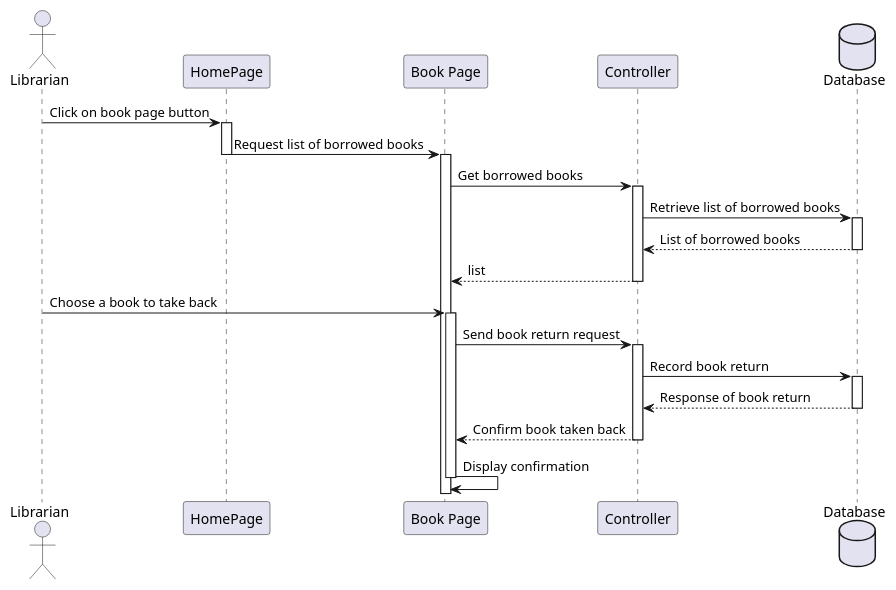
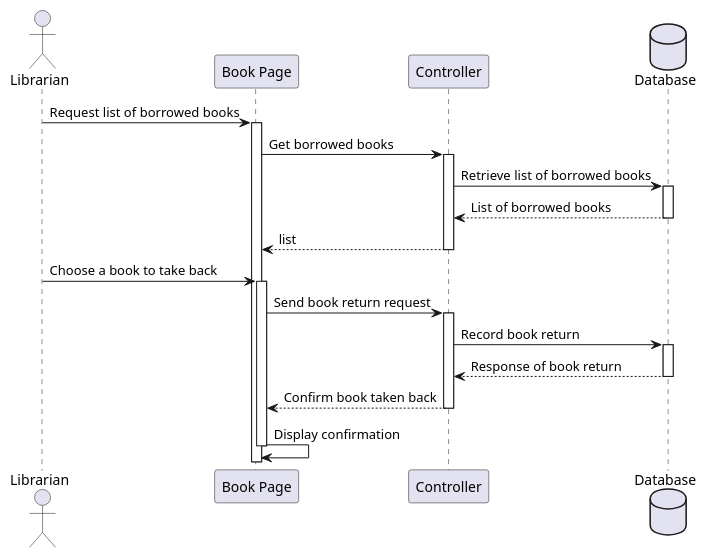
The diagram in docs/umlDiagrams/Sequence Diagrams/TakeBackBook.puml (bartucank/mlm), drawn with PlantUML before and after one commit. The commit also changed 24 other files, not shown here.

```diff
--- a/docs/umlDiagrams/Sequence Diagrams/TakeBackBook.puml
+++ b/docs/umlDiagrams/Sequence Diagrams/TakeBackBook.puml
@@ -1,41 +1,37 @@
 @startuml
 actor "Librarian" as Librarian
-participant "HomePage" as Home
 participant "Book Page" as Page
 participant "Controller" as Controller
 database "Database" as LendingDB
 
-Librarian -> Home: Click on book page button
-activate Home
-Home -> Page: Request list of borrowed books
-deactivate Home
+Librarian -> Page: Request list of borrowed books
 activate Page
 
 Page -> Controller: Get borrowed books
 activate Controller
 
 Controller -> LendingDB: Retrieve list of borrowed books
 activate LendingDB
 LendingDB --> Controller: List of borrowed books
 deactivate LendingDB
 
 Controller --> Page:  list 
 deactivate Controller
 
 Librarian -> Page: Choose a book to take back
 activate Page
 
 Page -> Controller: Send book return request
 activate Controller
 
 Controller -> LendingDB: Record book return
 activate LendingDB
 LendingDB --> Controller: Response of book return
 deactivate LendingDB
 
 Controller --> Page: Confirm book taken back
 deactivate Controller
 
 Page -> Page: Display confirmation
 deactivate Page
 @enduml
```
